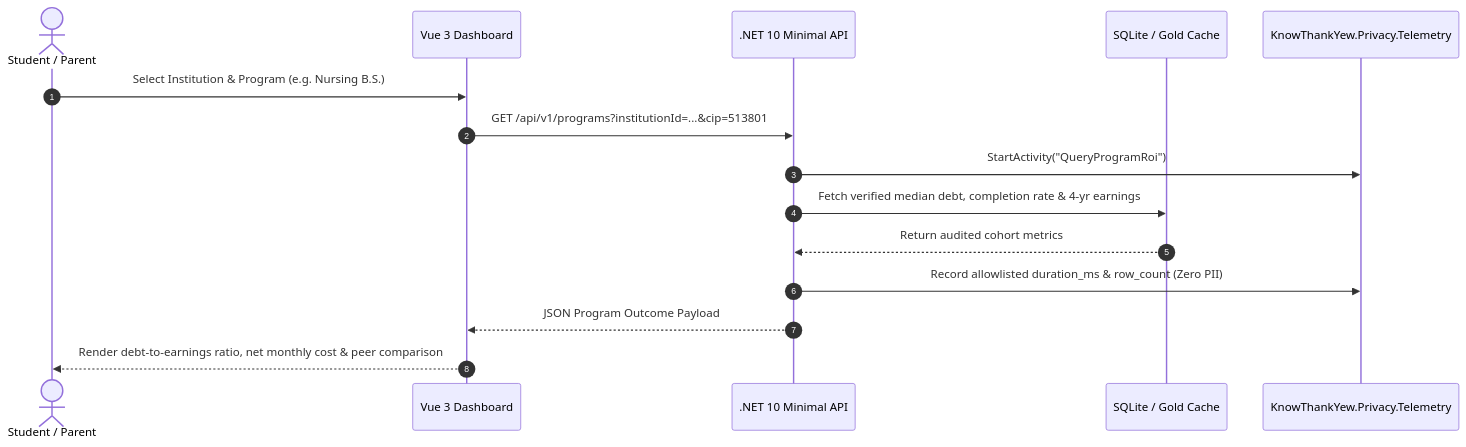
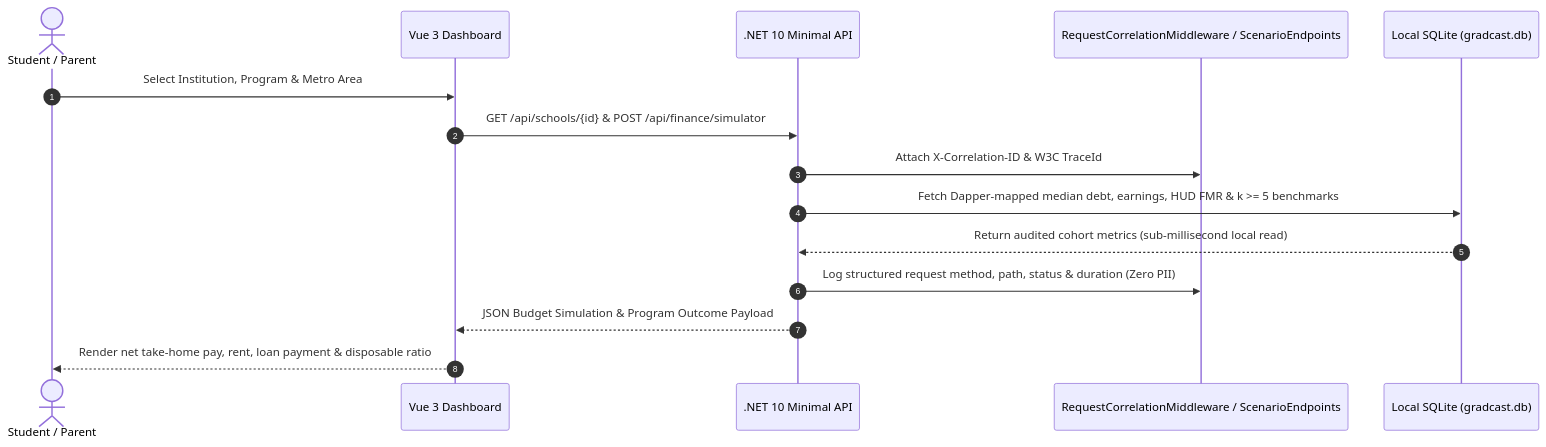
Before and after one commit to knowthankyew/gradcast: the second of 2 diagrams in docs/ARCHITECTURE.md, drawn with Mermaid. The commit also changed other lines of this file and 6 other files, not shown here.

First line of the commit message:
feat(governance): harden claims linter, fix NOTICE/ARCHITECTURE drift & add unit tests (#47)

````diff
--- a/docs/ARCHITECTURE.md
+++ b/docs/ARCHITECTURE.md
@@ -82,18 +84,18 @@
 ```mermaid
 sequenceDiagram
     autonumber
     actor User as Student / Parent
     participant Web as Vue 3 Dashboard
     participant API as .NET 10 Minimal API
-    participant Cache as SQLite / Gold Cache
-    participant Telem as KnowThankYew.Privacy.Telemetry
+    participant Guard as RequestCorrelationMiddleware / ScenarioEndpoints
+    participant Cache as Local SQLite (gradcast.db)
 
-    User->>Web: Select Institution & Program (e.g. Nursing B.S.)
-    Web->>API: GET /api/v1/programs?institutionId=...&cip=513801
-    API->>Telem: StartActivity("QueryProgramRoi")
-    API->>Cache: Fetch verified median debt, completion rate & 4-yr earnings
-    Cache-->>API: Return audited cohort metrics
-    API->>Telem: Record allowlisted duration_ms & row_count (Zero PII)
-    API-->>Web: JSON Program Outcome Payload
-    Web-->>User: Render debt-to-earnings ratio, net monthly cost & peer comparison
+    User->>Web: Select Institution, Program & Metro Area
+    Web->>API: GET /api/schools/{id} & POST /api/finance/simulator
+    API->>Guard: Attach X-Correlation-ID & W3C TraceId
+    API->>Cache: Fetch Dapper-mapped median debt, earnings, HUD FMR & k >= 5 benchmarks
+    Cache-->>API: Return audited cohort metrics (sub-millisecond local read)
+    API->>Guard: Log structured request method, path, status & duration (Zero PII)
+    API-->>Web: JSON Budget Simulation & Program Outcome Payload
+    Web-->>User: Render net take-home pay, rent, loan payment & disposable ratio
 ```
````
